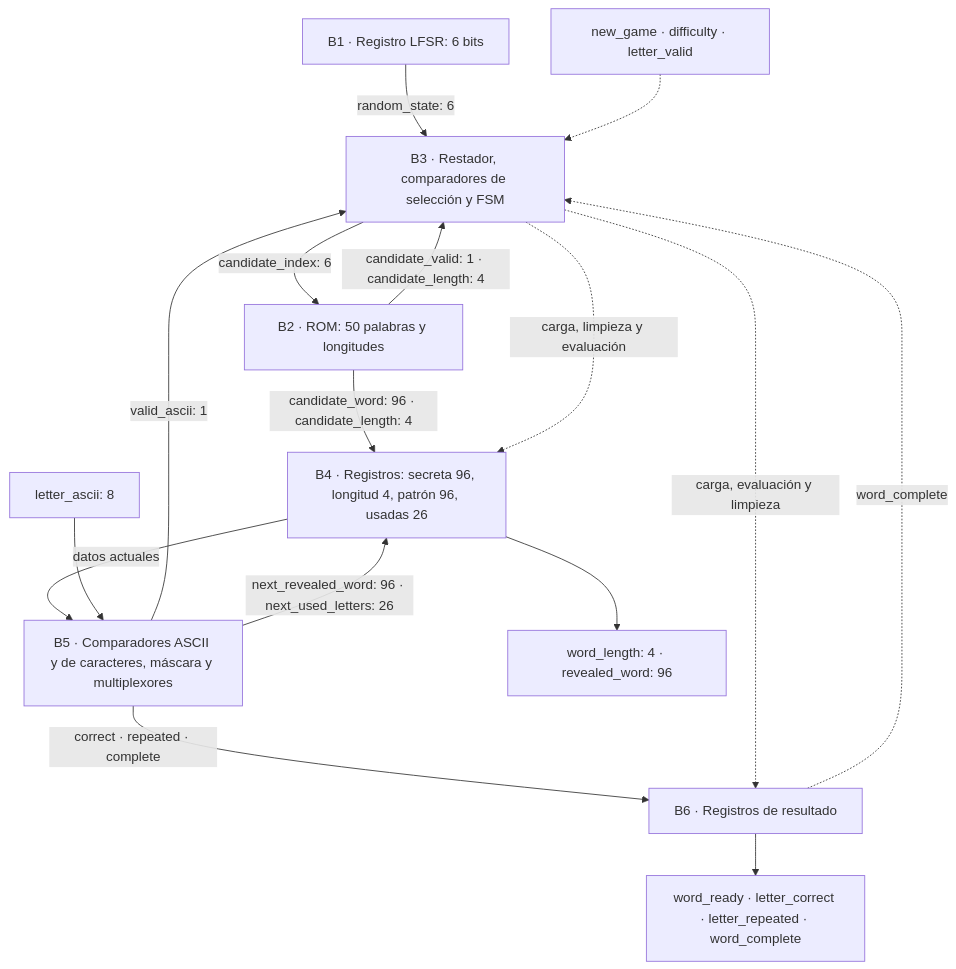
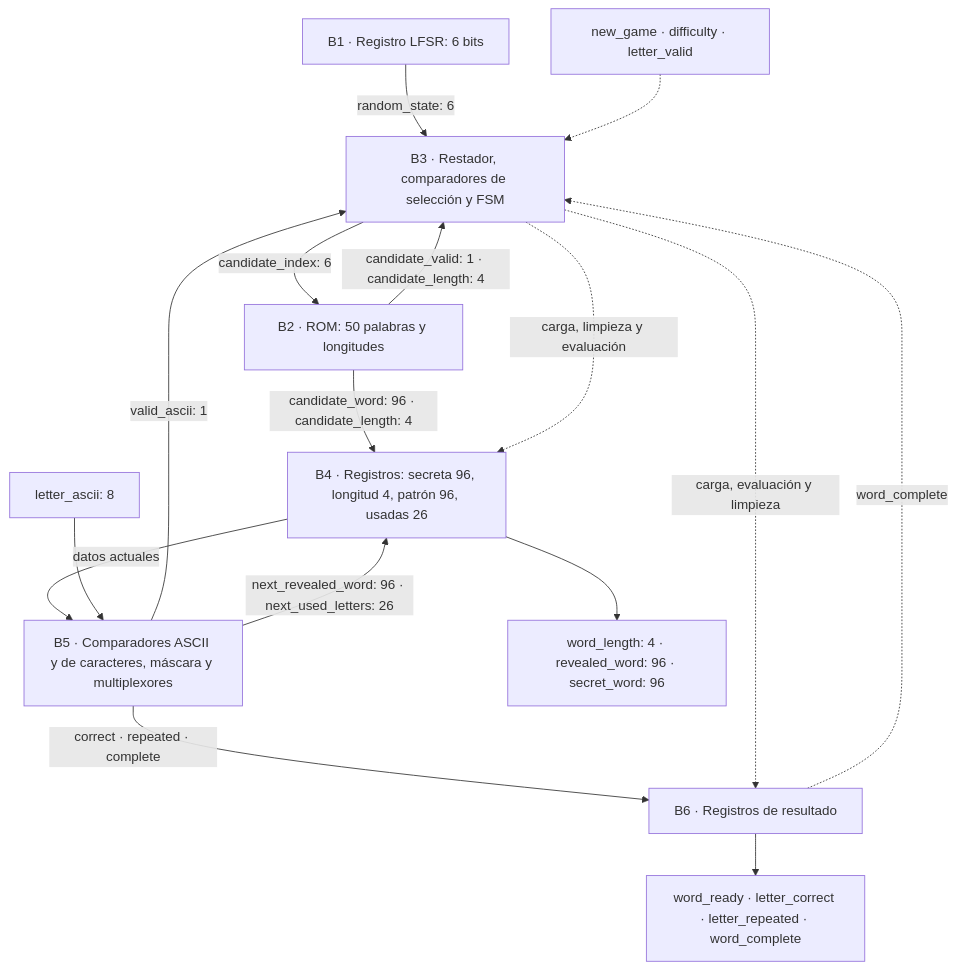
One commit to aguilar697/Taller-Diseno-de-Sistemas-Digitales changed the diagram in Proyecto2_Ahorcado/docs/diseno/nivel_3_motor_del_juego.md. Above: the diagram before and after it, drawn with Mermaid. The commit also changed other lines of this file and 44 other files, not shown here.

````diff
--- a/Proyecto2_Ahorcado/docs/diseno/nivel_3_motor_del_juego.md
+++ b/Proyecto2_Ahorcado/docs/diseno/nivel_3_motor_del_juego.md
@@ -83,18 +85,18 @@
 ```mermaid
 flowchart TB
     B1["B1 · Registro LFSR: 6 bits"] -->|"random_state: 6"| B3
     B3["B3 · Restador, comparadores de selección y FSM"] -->|"candidate_index: 6"| B2
     B2["B2 · ROM: 50 palabras y longitudes"] -->|"candidate_valid: 1 · candidate_length: 4"| B3
     B2 -->|"candidate_word: 96 · candidate_length: 4"| B4
     C["new_game · difficulty · letter_valid"] -.-> B3
     B3 -.->|"carga, limpieza y evaluación"| B4
     B4["B4 · Registros: secreta 96, longitud 4, patrón 96, usadas 26"] -->|"datos actuales"| B5
     A["letter_ascii: 8"] --> B5
     B5["B5 · Comparadores ASCII y de caracteres, máscara y multiplexores"] -->|"valid_ascii: 1"| B3
     B5 -->|"next_revealed_word: 96 · next_used_letters: 26"| B4
     B5 -->|"correct · repeated · complete"| B6
     B3 -.->|"carga, evaluación y limpieza"| B6
     B6["B6 · Registros de resultado"] -.->|"word_complete"| B3
     B6 --> F["word_ready · letter_correct · letter_repeated · word_complete"]
-    B4 --> OUT["word_length: 4 · revealed_word: 96"]
+    B4 --> OUT["word_length: 4 · revealed_word: 96 · secret_word: 96"]
 ```
````
